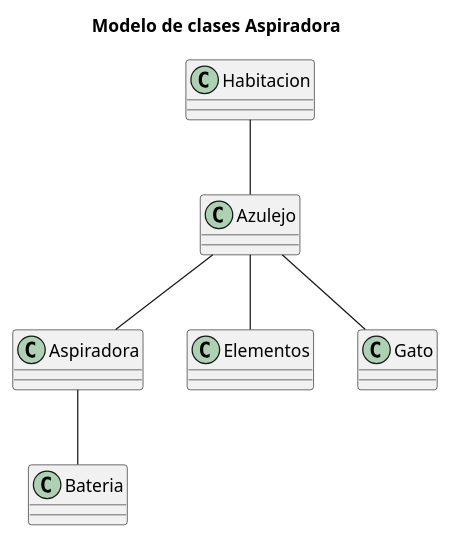
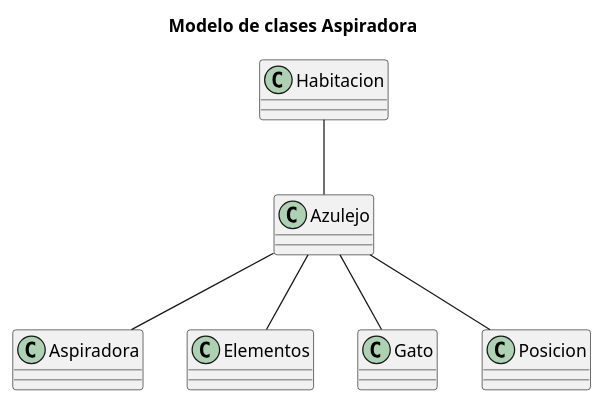
One commit to mmasias/23-24-IdSw2-SDD changed the diagram in modelosUML/DiagramaDeClases.puml. Above: the diagram before and after it, drawn with PlantUML. The commit also changed 4 other files, not shown here.

Commit message:
Fix/Delted Controlador class and updated Class Diagram

```diff
--- a/modelosUML/DiagramaDeClases.puml
+++ b/modelosUML/DiagramaDeClases.puml
@@ -1,34 +1,34 @@
 @startuml
 
 title Modelo de clases Aspiradora
 
 class Habitacion { 
 
 }
 
 Class Azulejo {  
 
 }
 
 class Aspiradora { 
 
 }
 
 class Elementos  { 
 
 }
 
 class Gato { 
 
 }
 
-class Bateria { 
+class Posicion { 
 }
 
 Habitacion -- Azulejo
 Azulejo -- Aspiradora
 Azulejo--Elementos 
 Azulejo -- Gato
-Aspiradora -- Bateria
+Azulejo -- Posicion
 
 @enduml
```
